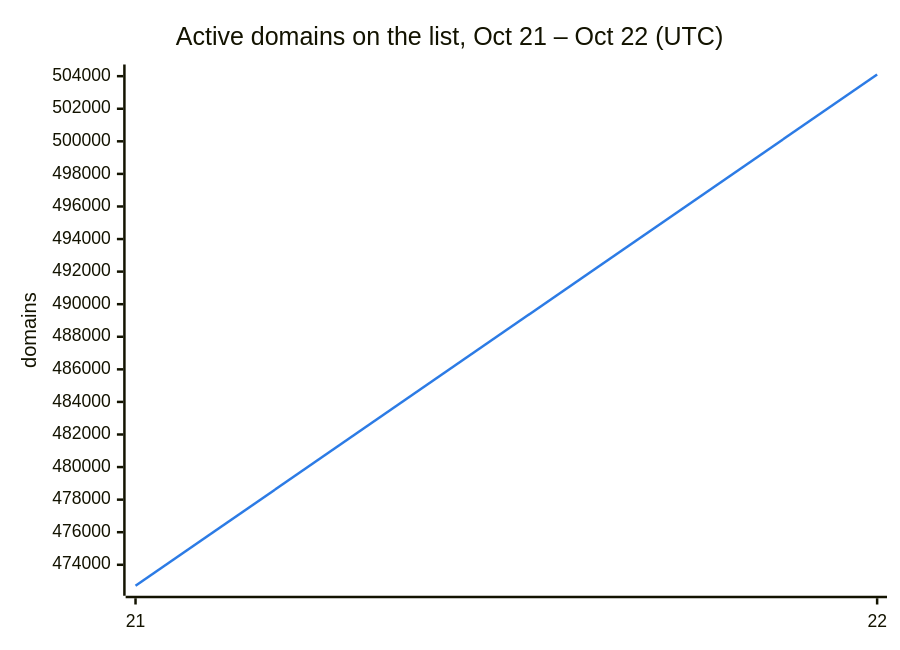
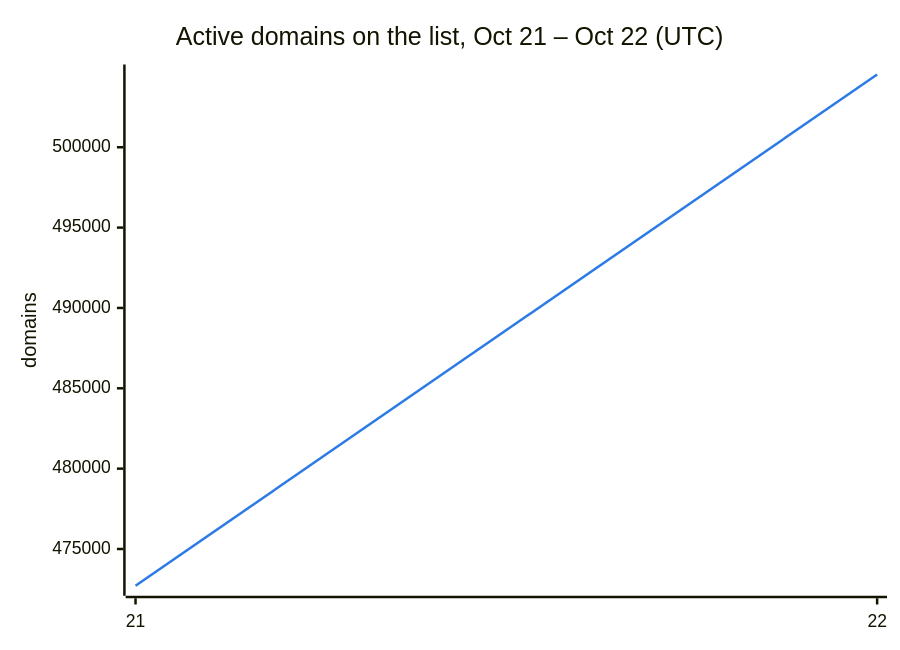
Before and after one commit to DNSBunker/CTI: the second of 3 diagrams in README.md, drawn with Mermaid. The commit also changed other lines of this file and 3 other files, not shown here.

````diff
--- a/README.md
+++ b/README.md
@@ -38,8 +38,8 @@
 ```mermaid
 %%{init: {"themeVariables": {"xyChart": {"plotColorPalette": "#2c7be5"}}}}%%
 xychart-beta
     title "Active domains on the list, Oct 21 – Oct 22 (UTC)"
     x-axis ["21", "22"]
     y-axis "domains"
-    line [472713, 504103]
+    line [472713, 504527]
 ```
````
